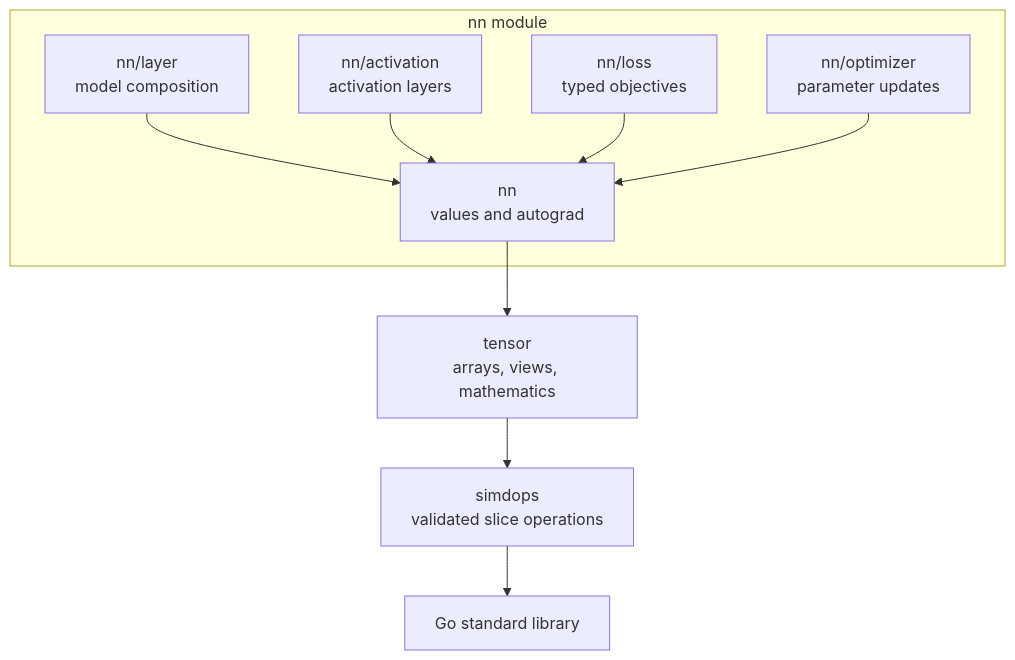
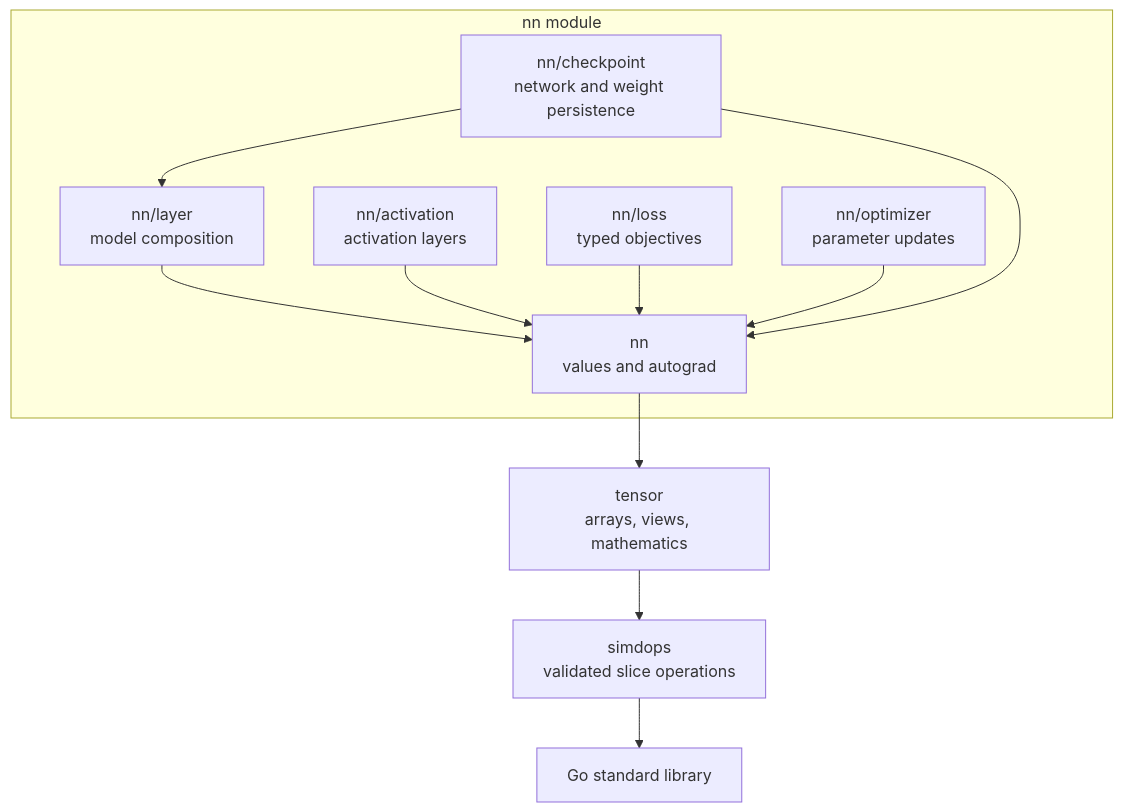
One commit to bpradana/goml changed the first of 3 diagrams in docs/architecture.md. Above: the diagram before and after it, drawn with Mermaid. The commit also changed other lines of this file and 8 other files, not shown here.

````diff
--- a/docs/architecture.md
+++ b/docs/architecture.md
@@ -11,12 +11,14 @@
 ```mermaid
 flowchart TD
     subgraph Neural["nn module"]
         Layer["nn/layer<br/>model composition"] --> Core["nn<br/>values and autograd"]
         Activation["nn/activation<br/>activation layers"] --> Core
         Loss["nn/loss<br/>typed objectives"] --> Core
         Optimizer["nn/optimizer<br/>parameter updates"] --> Core
+        Checkpoint["nn/checkpoint<br/>network and weight persistence"] --> Layer
+        Checkpoint --> Core
     end
     Core --> Tensor["tensor<br/>arrays, views, mathematics"]
     Tensor --> SIMD["simdops<br/>validated slice operations"]
     SIMD --> Std["Go standard library"]
 ```
````
